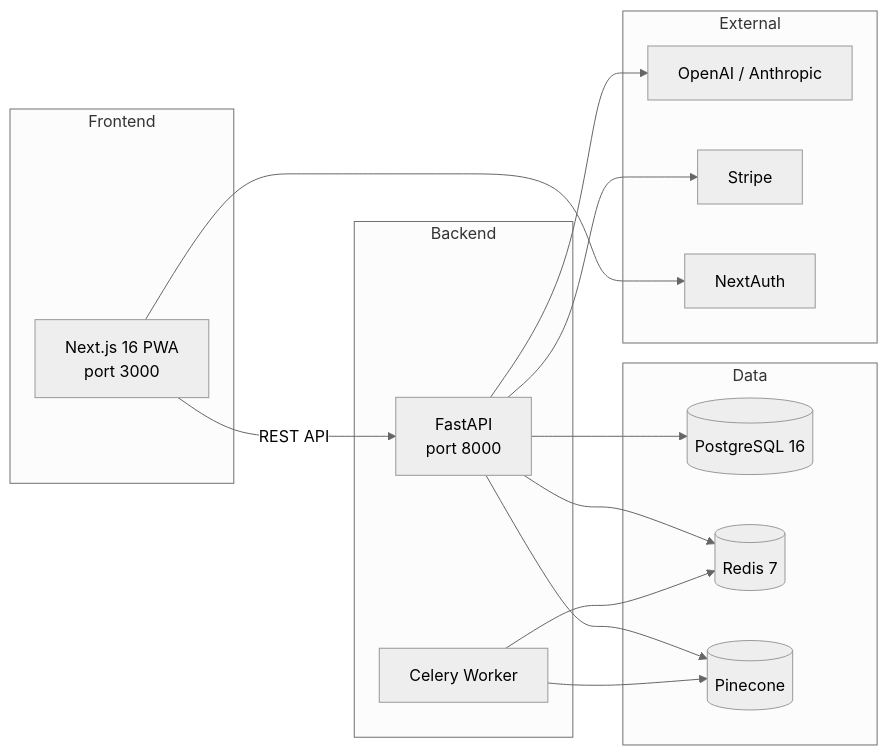
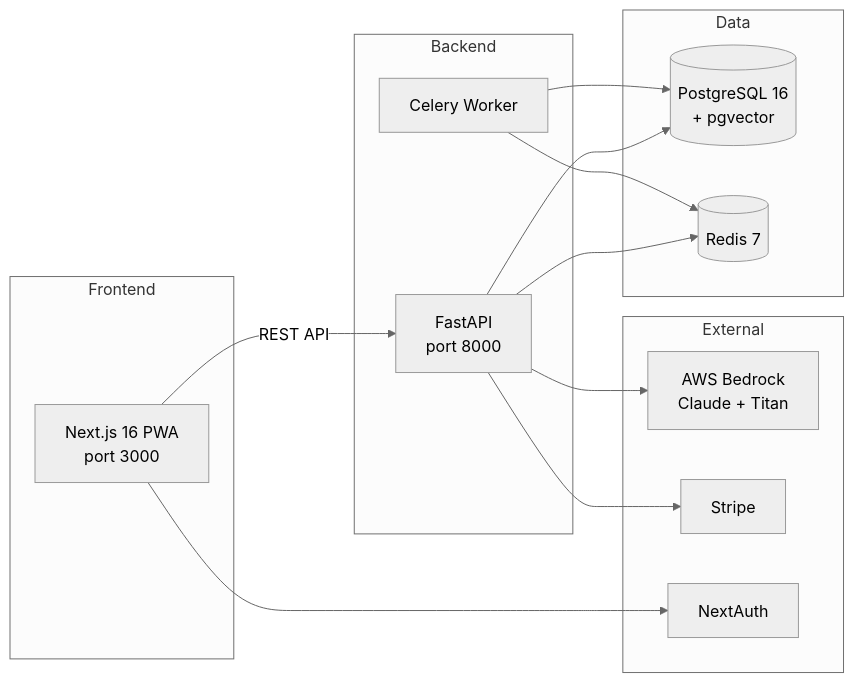
One commit to gndumbri/arbiter-ai changed the diagram in README.md. Above: the diagram before and after it, drawn with Mermaid (neutral theme). The commit also changed other lines of this file and 68 other files, not shown here.

Commit message:
feat: Migrate to pgvector and AWS Bedrock, introduce `APP_MODE` environment management, and upgrade NextAuth.

````diff
--- a/README.md
+++ b/README.md
@@ -7,30 +7,28 @@
 ```mermaid
 graph LR
     subgraph Frontend
         A[Next.js 16 PWA<br/>port 3000]
     end
     subgraph Backend
         B[FastAPI<br/>port 8000]
         C[Celery Worker]
     end
     subgraph Data
-        D[(PostgreSQL 16)]
+        D[(PostgreSQL 16<br/>+ pgvector)]
         E[(Redis 7)]
-        F[(Pinecone)]
     end
     subgraph External
-        G[OpenAI / Anthropic]
+        G[AWS Bedrock<br/>Claude + Titan]
         H[Stripe]
         I[NextAuth]
     end
 
     A -->|REST API| B
     B --> D
     B --> E
-    B --> F
     C --> E
-    C --> F
+    C --> D
     B --> G
     B --> H
     A --> I
 ```
````
